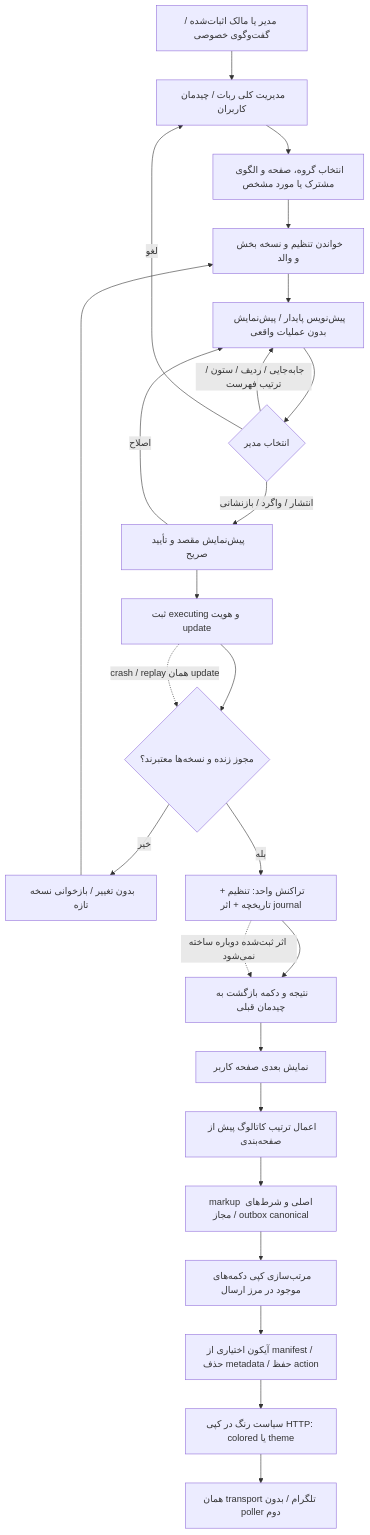
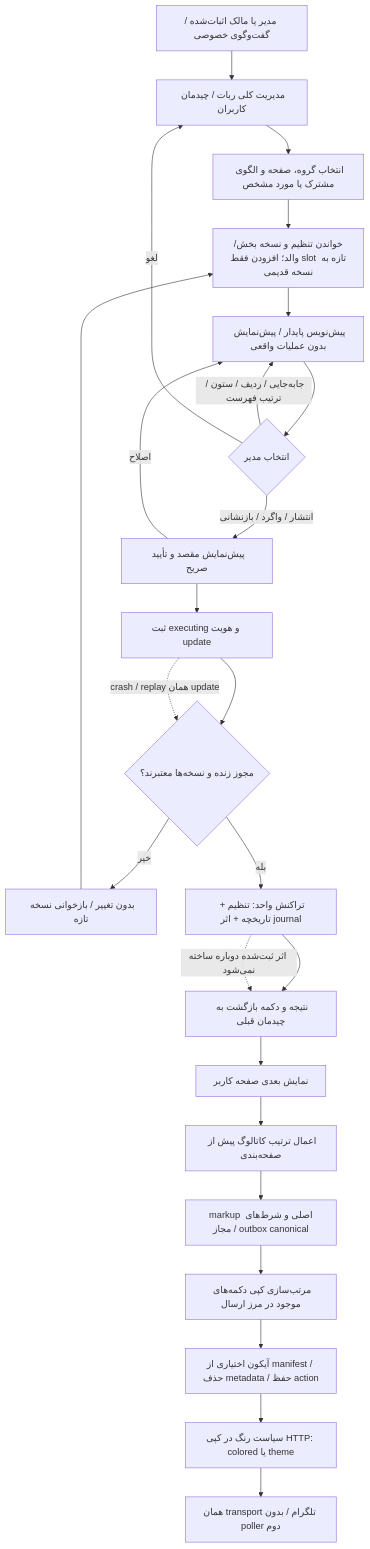
Before and after one commit to mohamadkheiry/aibotTelegram: the diagram in docs/diagrams/19-customer-layouts.mmd, drawn with Mermaid. The commit also changed 46 other files, not shown here.

```diff
--- a/docs/diagrams/19-customer-layouts.mmd
+++ b/docs/diagrams/19-customer-layouts.mmd
@@ -1,25 +1,25 @@
 flowchart TB
     A["مدیر یا مالک اثبات‌شده / گفت‌وگوی خصوصی"] --> B["مدیریت کلی ربات / چیدمان کاربران"]
     B --> C["انتخاب گروه، صفحه و الگوی مشترک یا مورد مشخص"]
-    C --> D["خواندن تنظیم و نسخه بخش و والد"]
+    C --> D["خواندن تنظیم و نسخه بخش/والد؛ افزودن فقط slot تازه به نسخه قدیمی"]
     D --> E["پیش‌نویس پایدار / پیش‌نمایش بدون عملیات واقعی"]
     E --> F{"انتخاب مدیر"}
     F -->|"جابه‌جایی / ردیف / ستون / ترتیب فهرست"| E
     F -->|"لغو"| B
     F -->|"انتشار / واگرد / بازنشانی"| G["پیش‌نمایش مقصد و تأیید صریح"]
     G -->|"اصلاح"| E
     G --> H["ثبت executing و هویت update"]
     H --> I{"مجوز زنده و نسخه‌ها معتبرند؟"}
     I -->|"خیر"| J["بدون تغییر / بازخوانی نسخه تازه"]
     J --> D
     I -->|"بله"| K["تراکنش واحد: تنظیم + تاریخچه + اثر journal"]
     K --> L["نتیجه و دکمه بازگشت به چیدمان قبلی"]
     H -. "crash / replay همان update" .-> I
     K -. "اثر ثبت‌شده دوباره ساخته نمی‌شود" .-> L
     L --> M["نمایش بعدی صفحه کاربر"]
     M --> N["اعمال ترتیب کاتالوگ پیش از صفحه‌بندی"]
     N --> O["markup اصلی و شرط‌های مجاز / outbox canonical"]
     O --> P["مرتب‌سازی کپی دکمه‌های موجود در مرز ارسال"]
     P --> Q["آیکون اختیاری از manifest / حذف metadata / حفظ action"]
     Q --> S["سیاست رنگ در کپی HTTP: colored یا theme"]
     S --> R["همان transport تلگرام / بدون poller دوم"]
```
